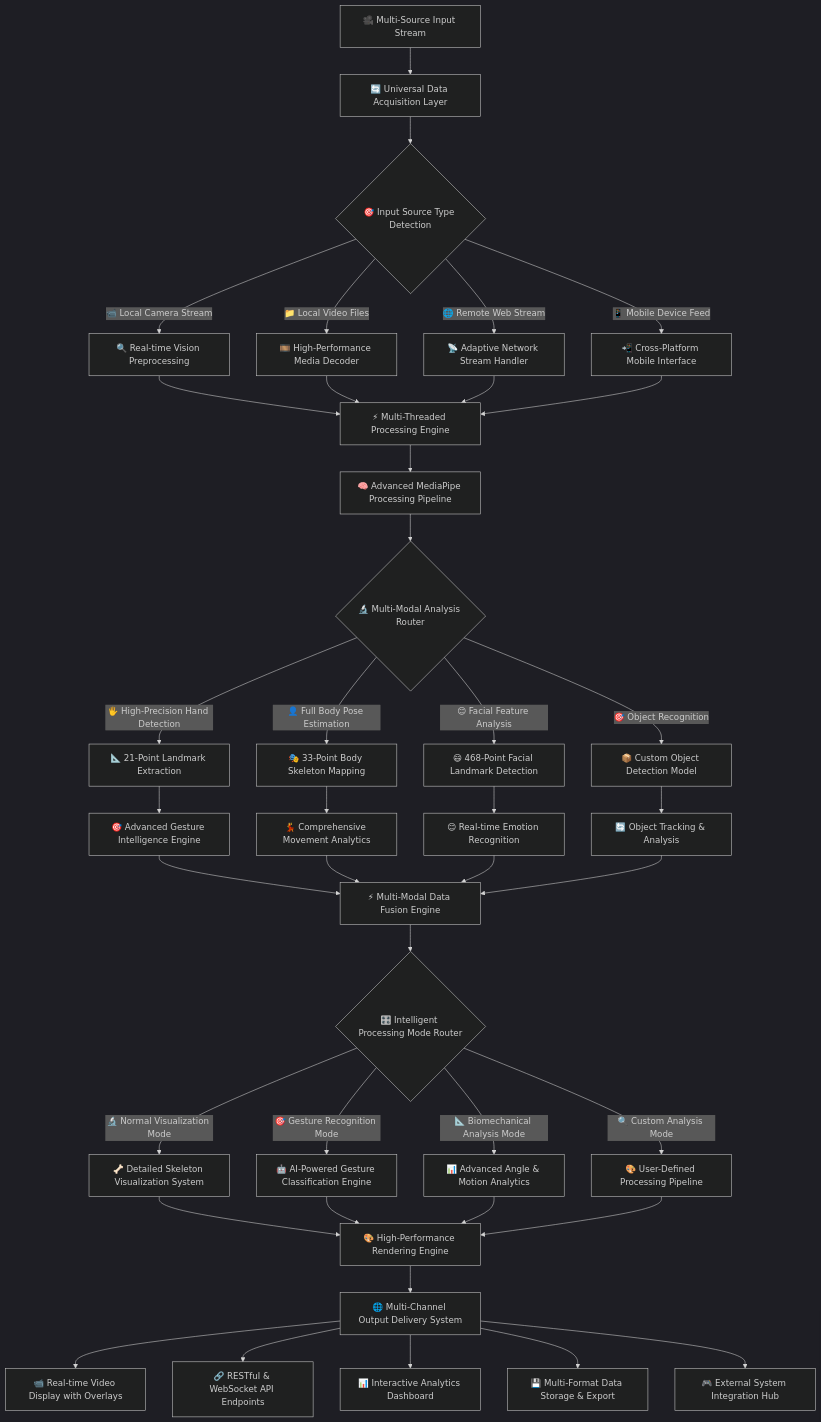
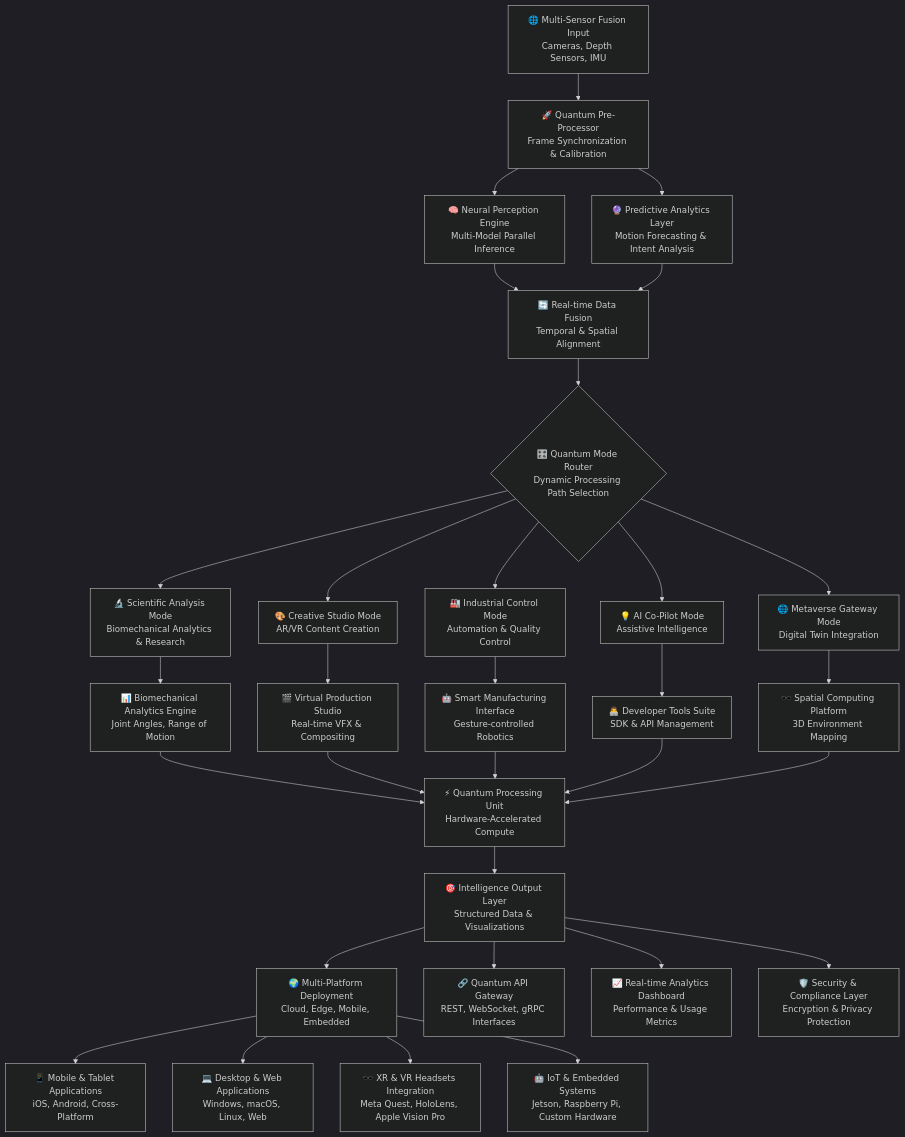
One commit to Dibyendu17122003/ADVANCE-POSTURE-AND-FINGER-DETECTION changed the first of 3 diagrams in README.md. Above: the diagram before and after it, drawn with Mermaid (dark theme). The commit also changed other lines of this file, not shown here.

````diff
--- a/README.md
+++ b/README.md
@@ -125,55 +60,42 @@
 ```mermaid
 flowchart TD
-    A[🎥 Multi-Source Input Stream] --> B[🔄 Universal Data Acquisition Layer]
+    A[🌐 Multi-Sensor Fusion Input<br/>Cameras, Depth Sensors, IMU] --> B[🚀 Quantum Pre-Processor<br/>Frame Synchronization & Calibration]
     
-    B --> C{🎯 Input Source Type Detection}
+    B --> C[🧠 Neural Perception Engine<br/>Multi-Model Parallel Inference]
+    B --> D[🔮 Predictive Analytics Layer<br/>Motion Forecasting & Intent Analysis]
     
-    C -->|"📹 Local Camera Stream"| D[🔍 Real-time Vision Preprocessing]
-    C -->|"📁 Local Video Files"| E[🎞️ High-Performance Media Decoder]
-    C -->|"🌐 Remote Web Stream"| F[📡 Adaptive Network Stream Handler]
-    C -->|"📱 Mobile Device Feed"| G[📲 Cross-Platform Mobile Interface]
+    C --> E[🔄 Real-time Data Fusion<br/>Temporal & Spatial Alignment]
+    D --> E
     
-    D --> H[⚡ Multi-Threaded Processing Engine]
-    E --> H
-    F --> H
-    G --> H
+    E --> F{🎛️ Quantum Mode Router<br/>Dynamic Processing Path Selection}
     
-    H --> I[🧠 Advanced MediaPipe Processing Pipeline]
+    F --> G[🔬 Scientific Analysis Mode<br/>Biomechanical Analytics & Research]
+    F --> H[🎨 Creative Studio Mode<br/>AR/VR Content Creation]
+    F --> I[🏭 Industrial Control Mode<br/>Automation & Quality Control]
+    F --> J[💡 AI Co-Pilot Mode<br/>Assistive Intelligence]
+    F --> K[🌐 Metaverse Gateway Mode<br/>Digital Twin Integration]
     
-    I --> J{🔬 Multi-Modal Analysis Router}
+    G --> L[📊 Biomechanical Analytics Engine<br/>Joint Angles, Range of Motion]
+    H --> M[🎬 Virtual Production Studio<br/>Real-time VFX & Compositing]
+    I --> N[🤖 Smart Manufacturing Interface<br/>Gesture-controlled Robotics]
+    J --> O[👨‍💻 Developer Tools Suite<br/>SDK & API Management]
+    K --> P[🕶️ Spatial Computing Platform<br/>3D Environment Mapping]
     
-    J -->|"🖐️ High-Precision Hand Detection"| K[📐 21-Point Landmark Extraction]
-    J -->|"👤 Full Body Pose Estimation"| L[🎭 33-Point Body Skeleton Mapping]
-    J -->|"😊 Facial Feature Analysis"| M[😄 468-Point Facial Landmark Detection]
-    J -->|"🎯 Object Recognition"| N[📦 Custom Object Detection Model]
+    L --> Q[⚡ Quantum Processing Unit<br/>Hardware-Accelerated Compute]
+    M --> Q
+    N --> Q
+    O --> Q
+    P --> Q
     
-    K --> O[🎯 Advanced Gesture Intelligence Engine]
-    L --> P[💃 Comprehensive Movement Analytics]
-    M --> Q[😊 Real-time Emotion Recognition]
-    N --> R[🔄 Object Tracking & Analysis]
+    Q --> R[🎯 Intelligence Output Layer<br/>Structured Data & Visualizations]
     
-    O --> S[⚡ Multi-Modal Data Fusion Engine]
-    P --> S
-    Q --> S
-    R --> S
+    R --> S[🌍 Multi-Platform Deployment<br/>Cloud, Edge, Mobile, Embedded]
+    R --> T[🔗 Quantum API Gateway<br/>REST, WebSocket, gRPC Interfaces]
+    R --> U[📈 Real-time Analytics Dashboard<br/>Performance & Usage Metrics]
+    R --> V[🛡️ Security & Compliance Layer<br/>Encryption & Privacy Protection]
     
-    S --> T{🎛️ Intelligent Processing Mode Router}
-    
-    T -->|"🔬 Normal Visualization Mode"| U[🦴 Detailed Skeleton Visualization System]
-    T -->|"🎯 Gesture Recognition Mode"| V[🤖 AI-Powered Gesture Classification Engine]
-    T -->|"📐 Biomechanical Analysis Mode"| W[📊 Advanced Angle & Motion Analytics]
-    T -->|"🔍 Custom Analysis Mode"| X[🎨 User-Defined Processing Pipeline]
-    
-    U --> Y[🎨 High-Performance Rendering Engine]
-    V --> Y
-    W --> Y
-    X --> Y
-    
-    Y --> Z[🌐 Multi-Channel Output Delivery System]
-    
-    Z --> AA[📹 Real-time Video Display with Overlays]
-    Z --> BB[🔗 RESTful & WebSocket API Endpoints]
-    Z --> CC[📊 Interactive Analytics Dashboard]
-    Z --> DD[💾 Multi-Format Data Storage & Export]
-    Z --> EE[🎮 External System Integration Hub]
+    S --> W[📱 Mobile & Tablet Applications<br/>iOS, Android, Cross-Platform]
+    S --> X[💻 Desktop & Web Applications<br/>Windows, macOS, Linux, Web]
+    S --> Y[🕶️ XR & VR Headsets Integration<br/>Meta Quest, HoloLens, Apple Vision Pro]
+    S --> Z[🤖 IoT & Embedded Systems<br/>Jetson, Raspberry Pi, Custom Hardware]
 ```
````
